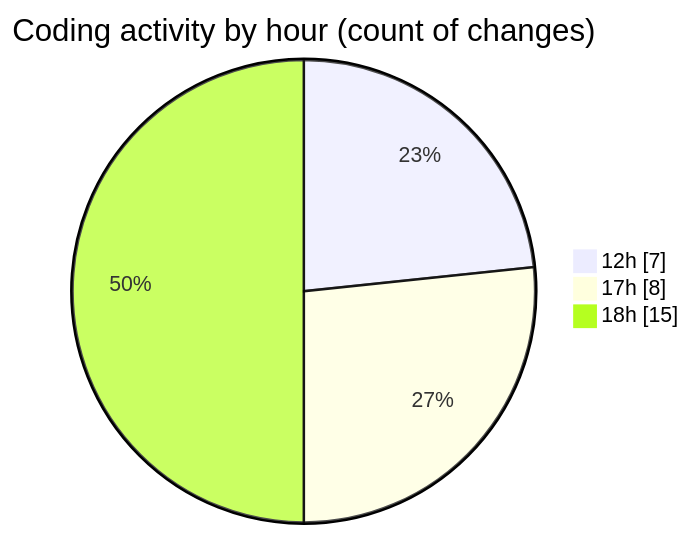
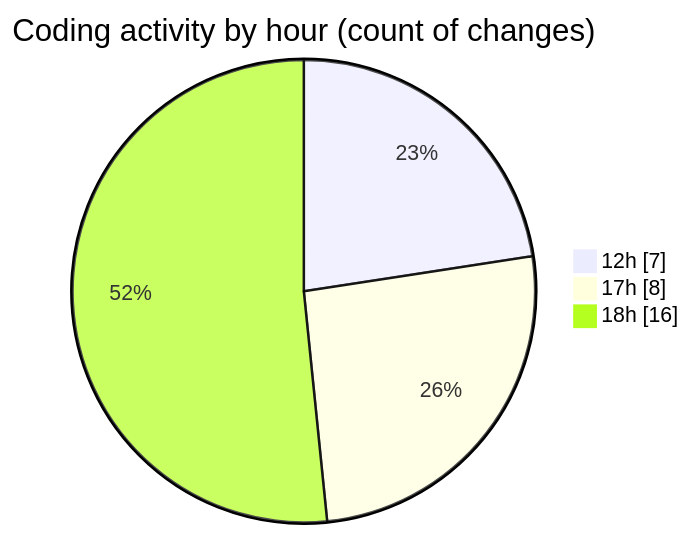
The second of 2 diagrams in 2025-07-24/nxtqube_webapp/README.md (nxtqubesakshisongat/code-tracking), drawn with Mermaid before and after one commit. The commit also changed other lines of this file and 1 other file, not shown here.

````diff
--- a/2025-07-24/nxtqube_webapp/README.md
+++ b/2025-07-24/nxtqube_webapp/README.md
@@ -34,7 +34,7 @@
 ```mermaid
 pie showData
 title Coding activity by hour (count of changes)
 "12h" : 7
 "17h" : 8
-"18h" : 15
+"18h" : 16
 ```
````
